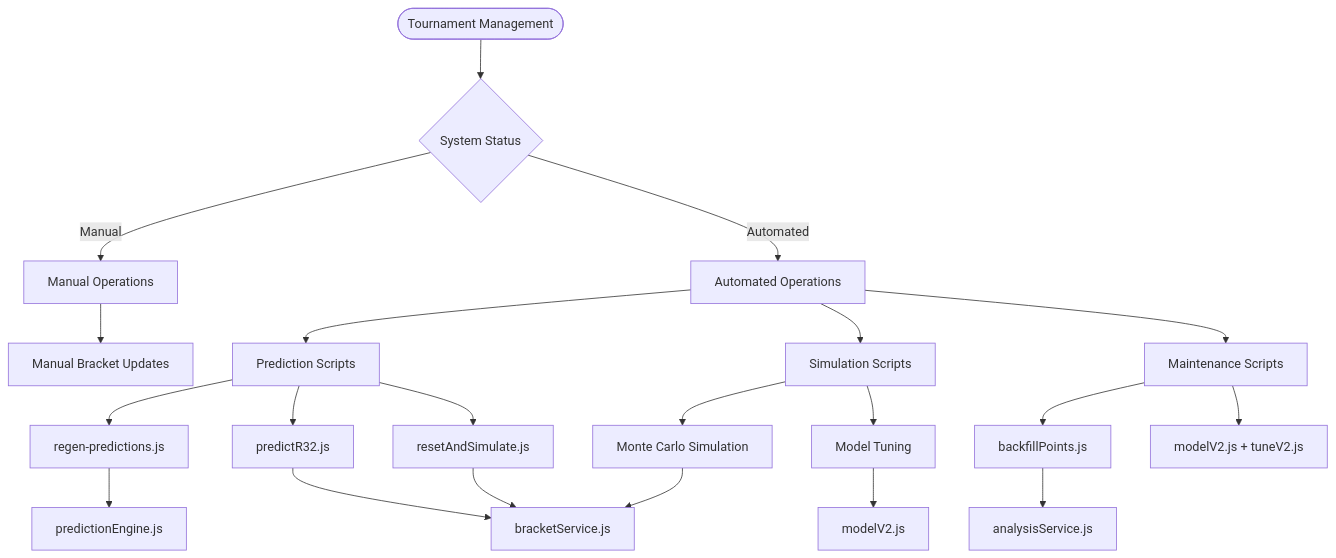
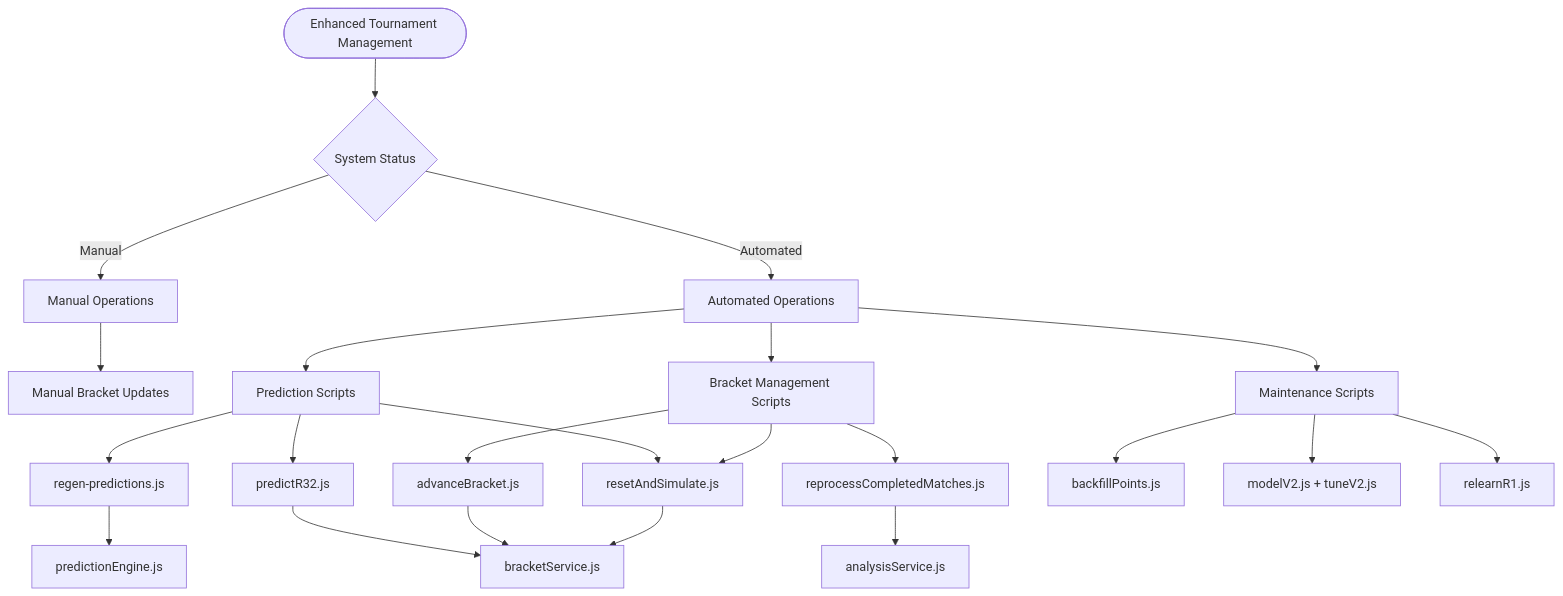
Before and after one commit to cheesiong/WC26-qwen: the third of 10 diagrams in .qoder/repowiki/en/content/Tournament Management/Bracket Service.md, drawn with Mermaid. The commit also changed other lines of this file and 4 other files, not shown here.

````diff
--- a/.qoder/repowiki/en/content/Tournament Management/Bracket Service.md
+++ b/.qoder/repowiki/en/content/Tournament Management/Bracket Service.md
@@ -207,23 +228,24 @@
 ```mermaid
 flowchart TD
-Start([Tournament Management]) --> CheckStatus{System Status}
+Start([Enhanced Tournament Management]) --> CheckStatus{System Status}
 CheckStatus --> |Manual| ManualOps[Manual Operations]
 CheckStatus --> |Automated| AutoOps[Automated Operations]
 ManualOps --> UserInterface[Manual Bracket Updates]
 AutoOps --> PredictionScripts[Prediction Scripts]
-AutoOps --> SimulationScripts[Simulation Scripts]
+AutoOps --> BracketManagement[Bracket Management Scripts]
 AutoOps --> MaintenanceScripts[Maintenance Scripts]
 PredictionScripts --> RegeneratePredictions[regen-predictions.js]
 PredictionScripts --> PredictR32[predictR32.js]
 PredictionScripts --> ResetSimulate[resetAndSimulate.js]
-SimulationScripts --> MonteCarlo[Monte Carlo Simulation]
-SimulationScripts --> ModelTuning[Model Tuning]
+BracketManagement --> AdvanceBracket[advanceBracket.js]
+BracketManagement --> ResetSimulate
+BracketManagement --> ReprocessMatches[reprocessCompletedMatches.js]
 MaintenanceScripts --> BackfillPoints[backfillPoints.js]
 MaintenanceScripts --> ModelOptimization[modelV2.js + tuneV2.js]
+MaintenanceScripts --> RelearnR1[relearnR1.js]
 RegeneratePredictions --> PredictionEngine[predictionEngine.js]
 PredictR32 --> BracketService[bracketService.js]
+AdvanceBracket --> BracketService
 ResetSimulate --> BracketService
-MonteCarlo --> BracketService
-ModelTuning --> ModelV2[modelV2.js]
-BackfillPoints --> AnalysisService[analysisService.js]
+ReprocessMatches --> AnalysisService[analysisService.js]
 ```
````
